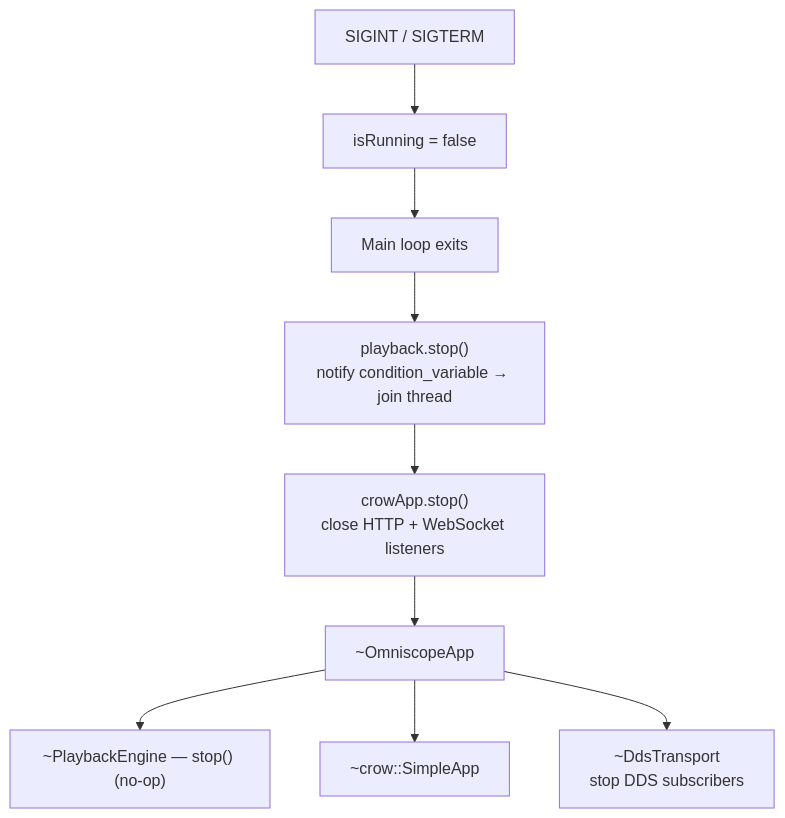
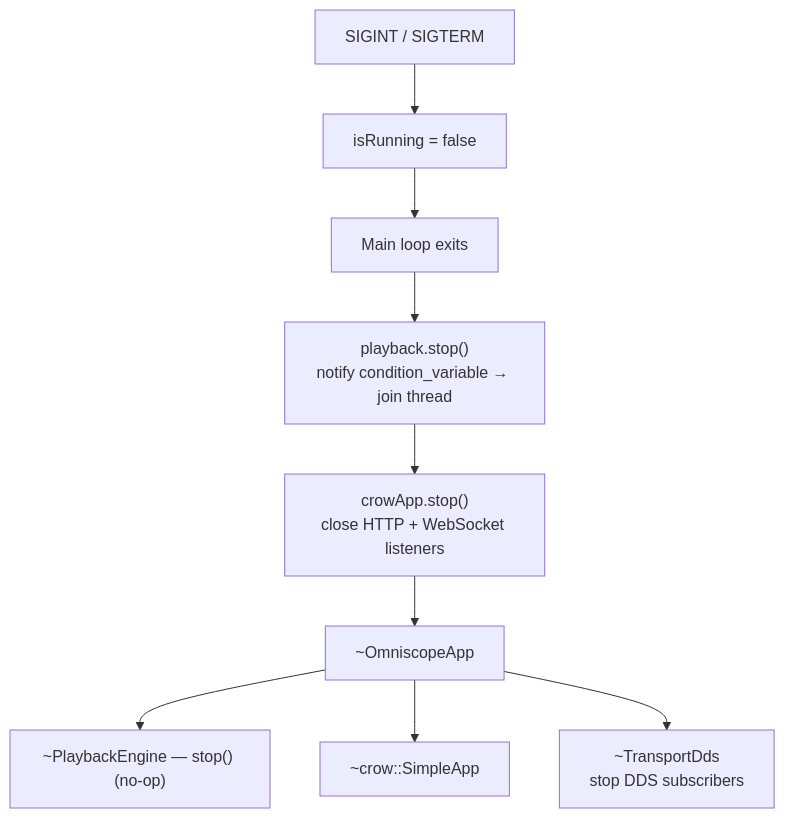
Before and after one commit to sfestenstein/StarterCpp: the fifth of 5 diagrams in src/apps/Omniscope/DESIGN.md, drawn with Mermaid. The commit also changed other lines of this file and 19 other files, not shown here.

````diff
--- a/src/apps/Omniscope/DESIGN.md
+++ b/src/apps/Omniscope/DESIGN.md
@@ -145,11 +145,11 @@
 ```mermaid
 flowchart TD
     SIG["SIGINT / SIGTERM"] --> FLAG["isRunning = false"]
     FLAG --> EXIT["Main loop exits"]
     EXIT --> STOP_PB["playback.stop()<br/>notify condition_variable → join thread"]
     STOP_PB --> STOP_CROW["crowApp.stop()<br/>close HTTP + WebSocket listeners"]
     STOP_CROW --> DTOR["~OmniscopeApp"]
     DTOR --> DTOR_PB["~PlaybackEngine — stop() (no-op)"]
     DTOR --> DTOR_CROW["~crow::SimpleApp"]
-    DTOR --> DTOR_DT["~DdsTransport<br/>stop DDS subscribers"]
+    DTOR --> DTOR_DT["~TransportDds<br/>stop DDS subscribers"]
 ```
````
